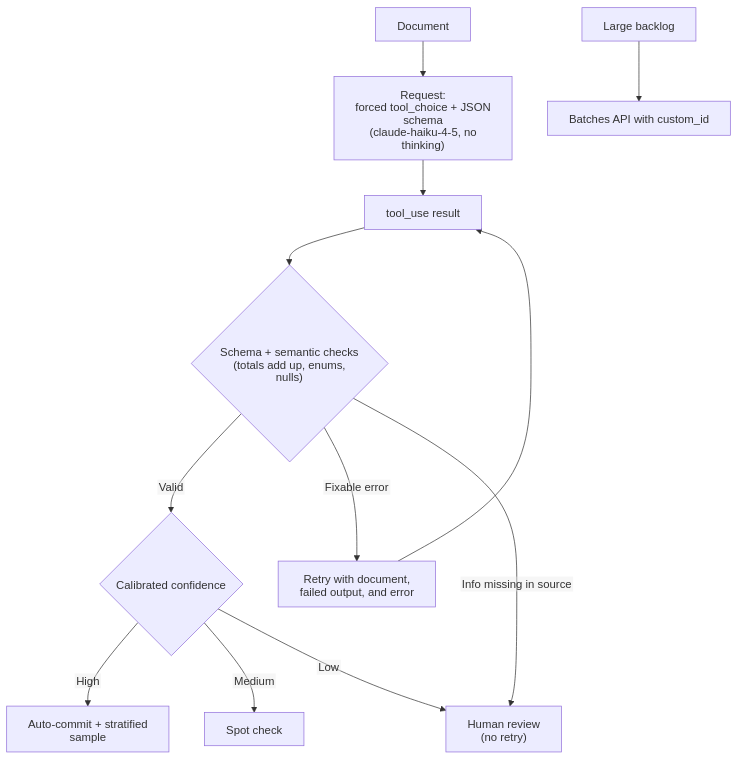
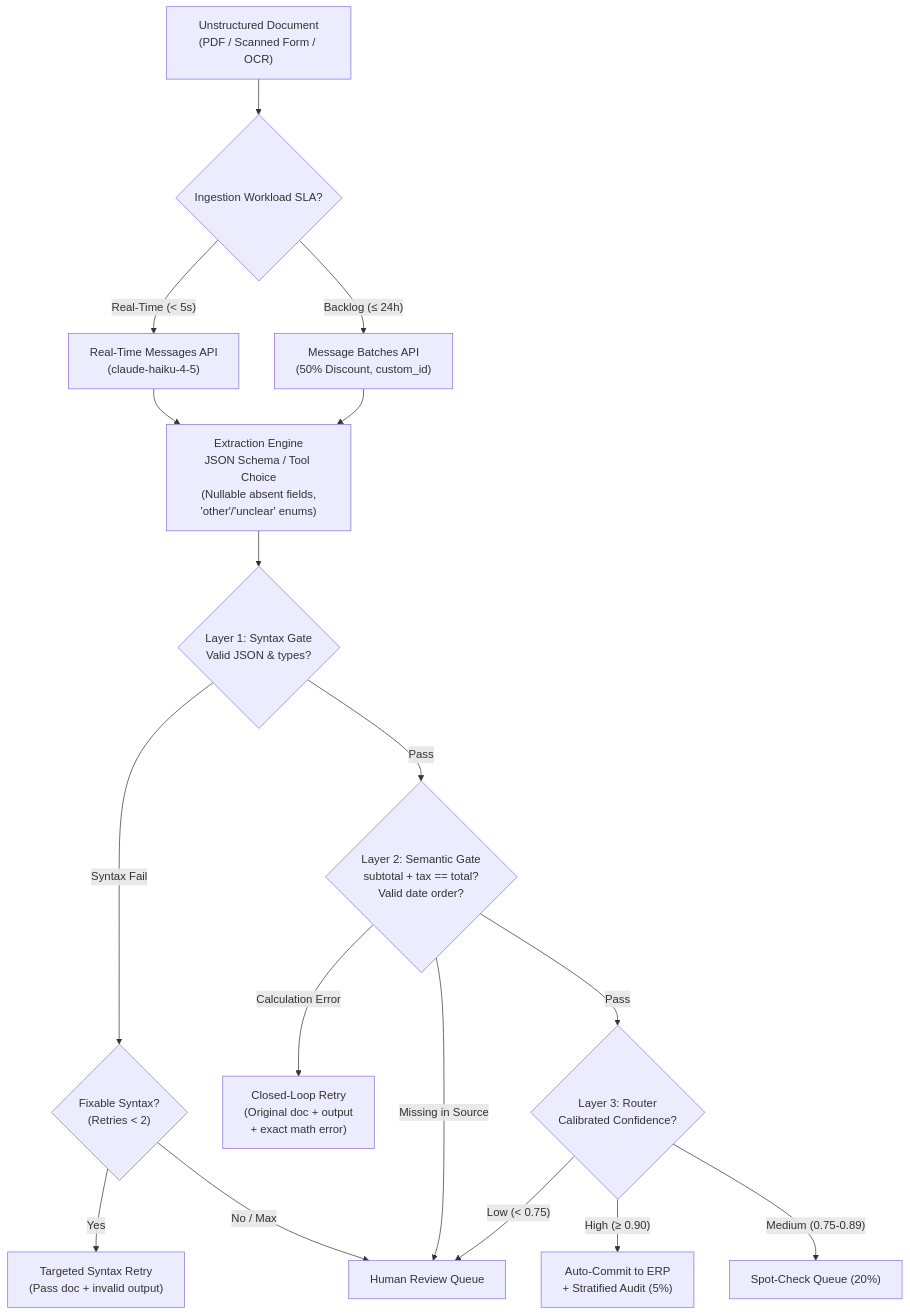
The first of 2 diagrams in scenarios/scenario_6_structured_data_extraction/SCENARIO_GUIDE.md (dip4k/claude_cert_architect_foundation_prep), drawn with Mermaid before and after one commit. The commit also changed other lines of this file and 99 other files, not shown here.

````diff
--- a/scenarios/scenario_6_structured_data_extraction/SCENARIO_GUIDE.md
+++ b/scenarios/scenario_6_structured_data_extraction/SCENARIO_GUIDE.md
@@ -18,18 +32,23 @@
 ```mermaid
----
-config:
-  htmlLabels: false
----
 flowchart TD
-    Doc["Document"] --> Req["Request:<br>forced tool_choice + JSON schema<br>(claude-haiku-4-5, no thinking)"]
-    Req --> Out["tool_use result"]
-    Out --> Val{"Schema + semantic checks<br>(totals add up, enums, nulls)"}
-    Val -->|"Valid"| Conf{"Calibrated confidence"}
-    Val -->|"Fixable error"| Retry["Retry with document,<br>failed output, and error"]
-    Retry --> Out
-    Val -->|"Info missing in source"| Human["Human review<br>(no retry)"]
-    Conf -->|"High"| Auto["Auto-commit + stratified sample"]
-    Conf -->|"Medium"| Spot["Spot check"]
-    Conf -->|"Low"| Human
-    Bulk["Large backlog"] --> Batch["Batches API with custom_id"]
+    Doc["Unstructured Document<br>(PDF / Scanned Form / OCR)"] --> Router{"Ingestion Workload SLA?"}
+
+    Router -->|"Real-Time (< 5s)"| RT["Real-Time Messages API<br>(claude-haiku-4-5)"]
+    Router -->|"Backlog (≤ 24h)"| Batch["Message Batches API<br>(50% Discount, custom_id)"]
+
+    RT & Batch --> Engine["Extraction Engine<br>JSON Schema / Tool Choice<br>(Nullable absent fields,<br>'other'/'unclear' enums)"]
+
+    Engine --> Gate1{"Layer 1: Syntax Gate<br>Valid JSON & types?"}
+    Gate1 -->|"Syntax Fail"| FixSyntax{"Fixable Syntax?<br>(Retries < 2)"}
+    FixSyntax -->|"Yes"| Retry1["Targeted Syntax Retry<br>(Pass doc + invalid output)"]
+    FixSyntax -->|"No / Max"| Human["Human Review Queue"]
+
+    Gate1 -->|"Pass"| Gate2{"Layer 2: Semantic Gate<br>subtotal + tax == total?<br>Valid date order?"}
+    Gate2 -->|"Calculation Error"| Retry2["Closed-Loop Retry<br>(Original doc + output<br>+ exact math error)"]
+    Gate2 -->|"Missing in Source"| Human
+
+    Gate2 -->|"Pass"| Conf{"Layer 3: Router<br>Calibrated Confidence?"}
+    Conf -->|"High (≥ 0.90)"| Auto["Auto-Commit to ERP<br>+ Stratified Audit (5%)"]
+    Conf -->|"Medium (0.75-0.89)"| Spot["Spot-Check Queue (20%)"]
+    Conf -->|"Low (< 0.75)"| Human
 ```
````
